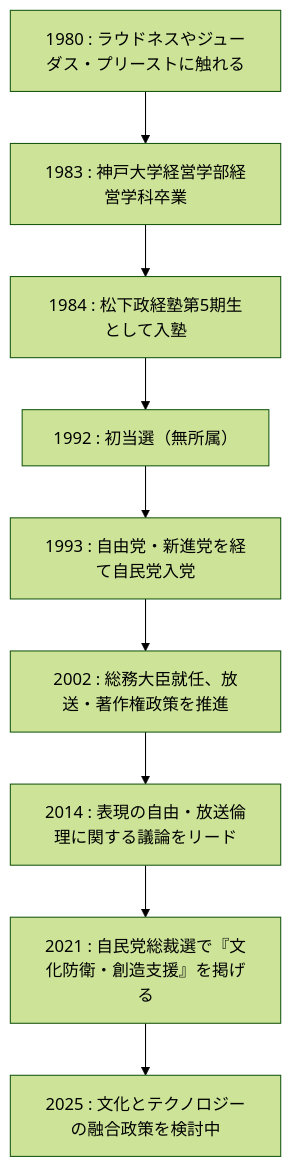
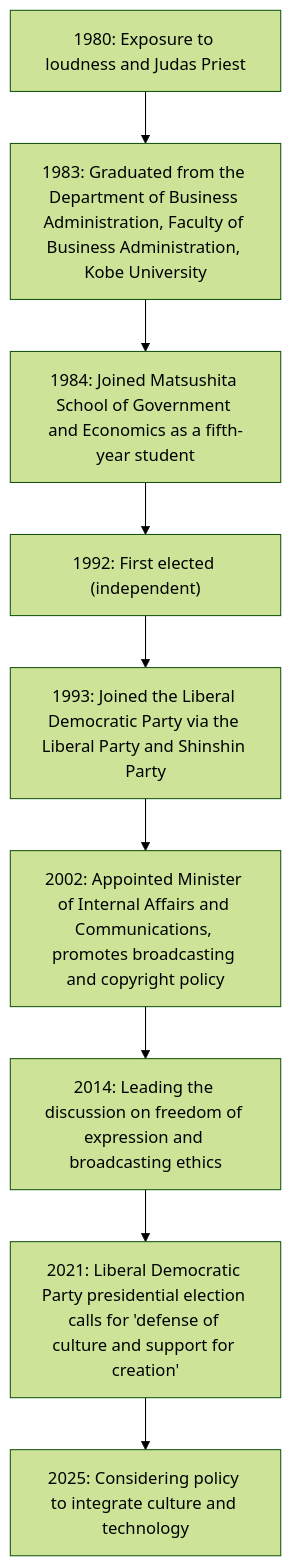
Before and after one commit to monumental-movement/monumental-movement.github.io: the second of 3 diagrams in en/_posts/2025-10-25-column-takaichi-metal.md, drawn with Mermaid (forest theme). The commit also changed other lines of this file and 1719 other files, not shown here.

```diff
--- a/en/_posts/2025-10-25-column-takaichi-metal.md
+++ b/en/_posts/2025-10-25-column-takaichi-metal.md
@@ -127,13 +131,13 @@
 <div class="mermaid">
-
+    
 graph TD
-  A1980["1980 : ラウドネスやジューダス・プリーストに触れる"] --> A1983["1983 : 神戸大学経営学部経営学科卒業"]
-  A1983 --> A1984["1984 : 松下政経塾第5期生として入塾"]
-  A1984 --> A1992["1992 : 初当選（無所属）"]
-  A1992 --> A1993["1993 : 自由党・新進党を経て自民党入党"]
-  A1993 --> A2002["2002 : 総務大臣就任、放送・著作権政策を推進"]
-  A2002 --> A2014["2014 : 表現の自由・放送倫理に関する議論をリード"]
-  A2014 --> A2021["2021 : 自民党総裁選で『文化防衛・創造支援』を掲げる"]
-  A2021 --> A2025["2025 : 文化とテクノロジーの融合政策を検討中"]
+A1980["1980: Exposure to loudness and Judas Priest"] --> A1983["1983: Graduated from the Department of Business Administration, Faculty of Business Administration, Kobe University"]
+A1983 --> A1984["1984: Joined Matsushita School of Government and Economics as a fifth-year student"]
+A1984 --> A1992["1992: First elected (independent)"]
+A1992 --> A1993["1993: Joined the Liberal Democratic Party via the Liberal Party and Shinshin Party"]
+A1993 --> A2002["2002: Appointed Minister of Internal Affairs and Communications, promotes broadcasting and copyright policy"]
+A2002 --> A2014["2014: Leading the discussion on freedom of expression and broadcasting ethics"]
+A2014 --> A2021["2021: Liberal Democratic Party presidential election calls for 'defense of culture and support for creation'"]
+A2021 --> A2025["2025: Considering policy to integrate culture and technology"]
 
 </div>
```
